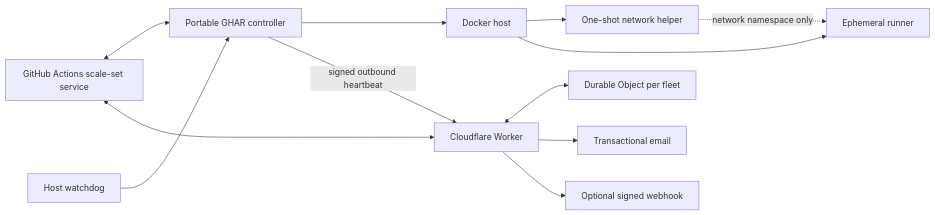
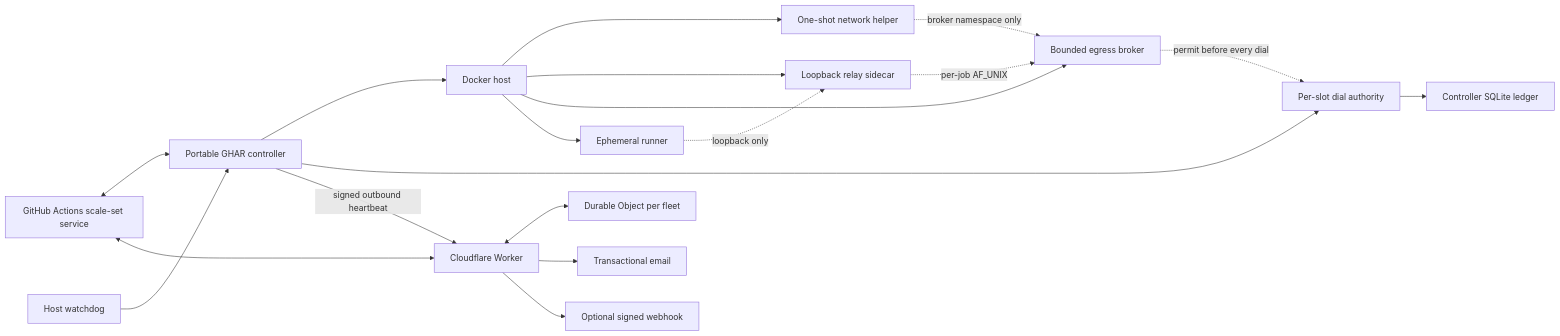
Before and after one commit to sumitake/GitHub-ActionRunner: the diagram in docs/superpowers/specs/2026-07-10-portable-ghar-platform-design.md, drawn with Mermaid. The commit also changed other lines of this file and 4 other files, not shown here.

````diff
--- a/docs/superpowers/specs/2026-07-10-portable-ghar-platform-design.md
+++ b/docs/superpowers/specs/2026-07-10-portable-ghar-platform-design.md
@@ -90,25 +134,36 @@
 ```mermaid
 flowchart LR
     GitHub["GitHub Actions scale-set service"]
     Controller["Portable GHAR controller"]
     Docker["Docker host"]
     Helper["One-shot network helper"]
+    Adapter["Loopback relay sidecar"]
+    Broker["Bounded egress broker"]
+    DialAuthority["Per-slot dial authority"]
+    Ledger["Controller SQLite ledger"]
     Runner["Ephemeral runner"]
     Watchdog["Host watchdog"]
     Worker["Cloudflare Worker"]
     State["Durable Object per fleet"]
     Email["Transactional email"]
     Webhook["Optional signed webhook"]
 
     GitHub <--> Controller
     Controller --> Docker
     Docker --> Helper
+    Docker --> Adapter
+    Docker --> Broker
     Docker --> Runner
-    Helper -. "network namespace only" .-> Runner
+    Helper -. "broker namespace only" .-> Broker
+    Runner -. "loopback only" .-> Adapter
+    Adapter -. "per-job AF_UNIX" .-> Broker
+    Broker -. "permit before every dial" .-> DialAuthority
+    Controller --> DialAuthority
+    DialAuthority --> Ledger
     Watchdog --> Controller
     Controller -- "signed outbound heartbeat" --> Worker
     Worker <--> State
     Worker <--> GitHub
     Worker --> Email
     Worker --> Webhook
 ```
````
